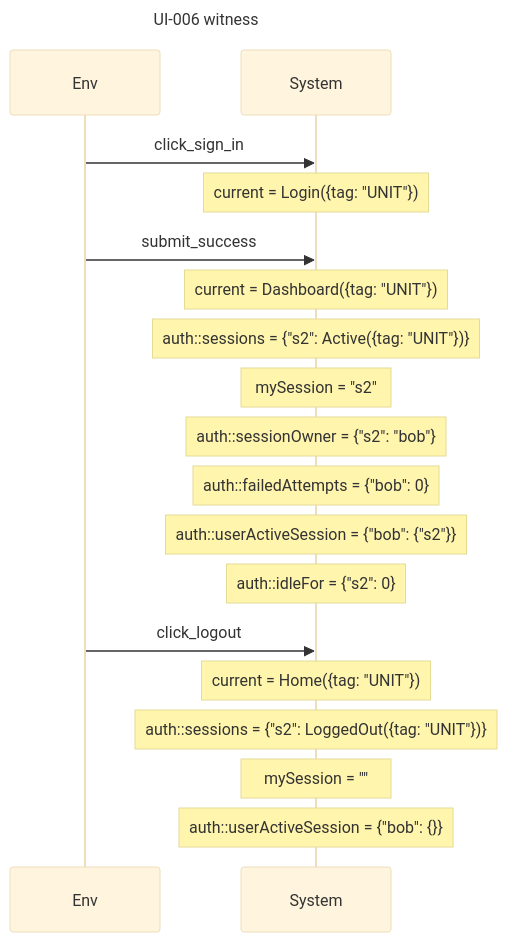
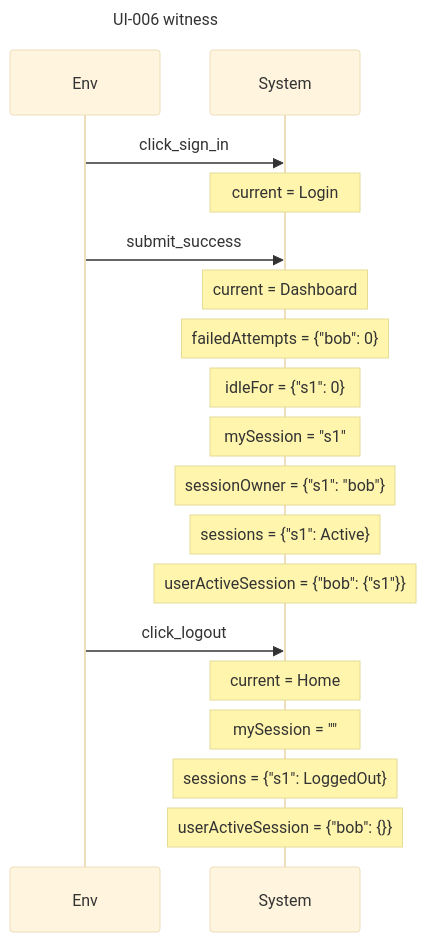
The seventh of 8 diagrams in examples/specs/auth-ui.readback.md (AlesKracik/quintessence), drawn with Mermaid (base theme) before and after one commit. The commit also changed other lines of this file and 53 other files, not shown here.

````diff
--- a/examples/specs/auth-ui.readback.md
+++ b/examples/specs/auth-ui.readback.md
@@ -587,21 +593,21 @@
 ```mermaid
 sequenceDiagram
     title UI-006 witness
     participant E as Env
     participant S as System
     E->>S: click_sign_in
-    Note over S: current = Login({tag: "UNIT"})
+    Note over S: current = Login
     E->>S: submit_success
-    Note over S: current = Dashboard({tag: "UNIT"})
-    Note over S: auth::sessions = {"s2": Active({tag: "UNIT"})}
-    Note over S: mySession = "s2"
-    Note over S: auth::sessionOwner = {"s2": "bob"}
-    Note over S: auth::failedAttempts = {"bob": 0}
-    Note over S: auth::userActiveSession = {"bob": {"s2"}}
-    Note over S: auth::idleFor = {"s2": 0}
+    Note over S: current = Dashboard
+    Note over S: failedAttempts = {"bob": 0}
+    Note over S: idleFor = {"s1": 0}
+    Note over S: mySession = "s1"
+    Note over S: sessionOwner = {"s1": "bob"}
+    Note over S: sessions = {"s1": Active}
+    Note over S: userActiveSession = {"bob": {"s1"}}
     E->>S: click_logout
-    Note over S: current = Home({tag: "UNIT"})
-    Note over S: auth::sessions = {"s2": LoggedOut({tag: "UNIT"})}
+    Note over S: current = Home
     Note over S: mySession = ""
-    Note over S: auth::userActiveSession = {"bob": {}}
+    Note over S: sessions = {"s1": LoggedOut}
+    Note over S: userActiveSession = {"bob": {}}
 ```
````
